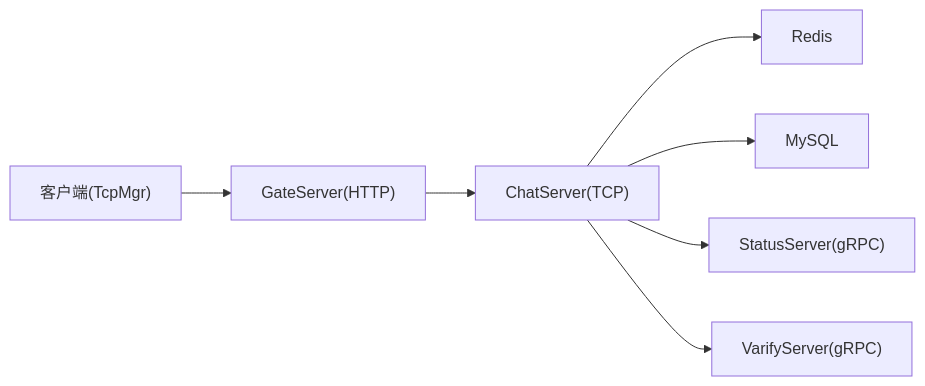
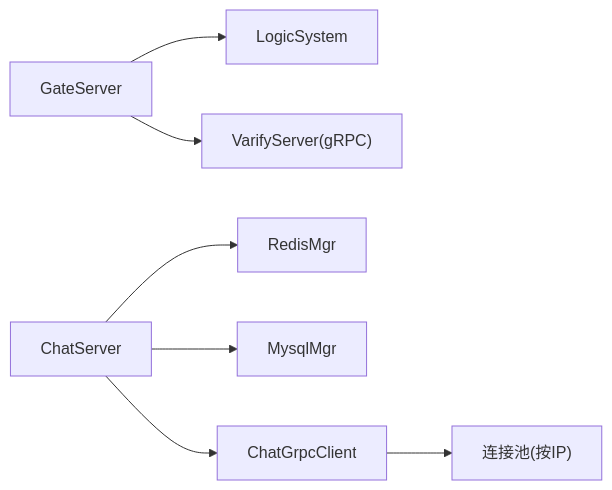
The sixth of 6 diagrams in .qoder/repowiki/zh/content/安全设计/网络安全防护/网络安全防护.md (echo9923/mychatter), drawn with Mermaid before and after one commit. The commit also changed other lines of this file and 526 other files, not shown here.

Commit message:
docs: 为ChatServer所有头文件添加详细Doxygen注释 - 为18个头文件的类、函数、成员变量添加完整的中文注释 - 包含类职责说明、参数描述、返回值说明 - 涵盖AsioIOServicePool/CServer/CSession/LogicSystem等核心模块 - 同时更新GateServer的VerifyGrpcClient.h注释

````diff
--- a/.qoder/repowiki/zh/content/安全设计/网络安全防护/网络安全防护.md
+++ b/.qoder/repowiki/zh/content/安全设计/网络安全防护/网络安全防护.md
@@ -263,9 +235,9 @@
 ```mermaid
 graph LR
-Client["客户端(TcpMgr)"] --> Gate["GateServer(HTTP)"]
-Gate --> Chat["ChatServer(TCP)"]
-Chat --> Redis["Redis"]
-Chat --> MySQL["MySQL"]
-Chat --> GRPC_Status["StatusServer(gRPC)"]
-Chat --> GRPC_Verify["VarifyServer(gRPC)"]
+Gate["GateServer"] --> Logic["LogicSystem"]
+Gate --> Verify["VarifyServer(gRPC)"]
+Chat["ChatServer"] --> Redis["RedisMgr"]
+Chat --> MySQL["MysqlMgr"]
+Chat --> GRPC["ChatGrpcClient"]
+GRPC --> Pool["连接池(按IP)"]
 ```
````
